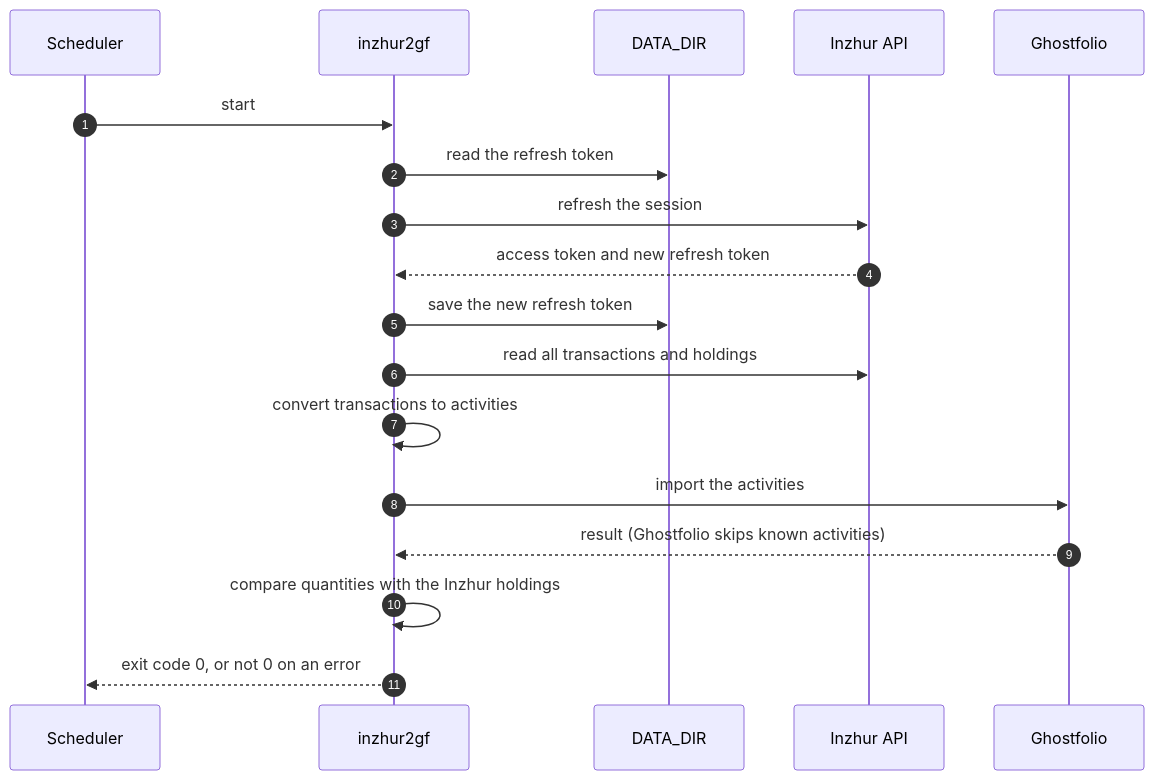
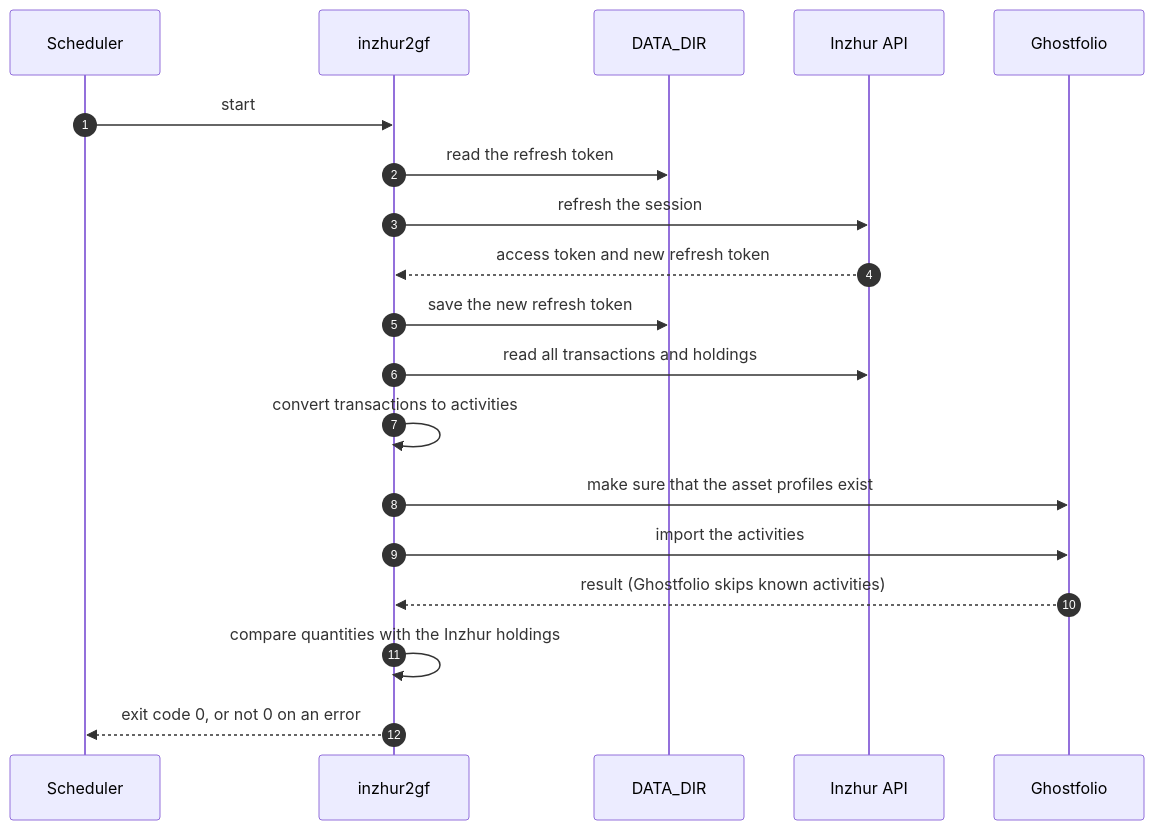
One commit to blobor/ghostfolio-inzhur changed the diagram in README.md. Above: the diagram before and after it, drawn with Mermaid. The commit also changed other lines of this file and 5 other files, not shown here.

````diff
--- a/README.md
+++ b/README.md
@@ -21,21 +21,22 @@
 ```mermaid
 sequenceDiagram
     autonumber
     participant S as Scheduler
     participant T as inzhur2gf
     participant D as DATA_DIR
     participant I as Inzhur API
     participant G as Ghostfolio
 
     S->>T: start
     T->>D: read the refresh token
     T->>I: refresh the session
     I-->>T: access token and new refresh token
     T->>D: save the new refresh token
     T->>I: read all transactions and holdings
     T->>T: convert transactions to activities
+    T->>G: make sure that the asset profiles exist
     T->>G: import the activities
     G-->>T: result (Ghostfolio skips known activities)
     T->>T: compare quantities with the Inzhur holdings
     T-->>S: exit code 0, or not 0 on an error
 ```
````
